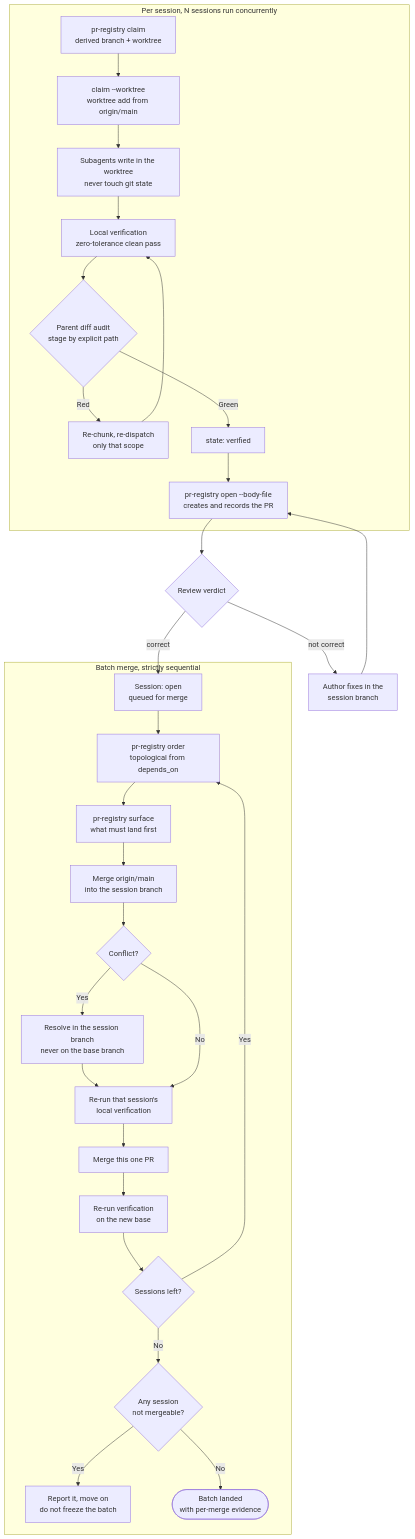
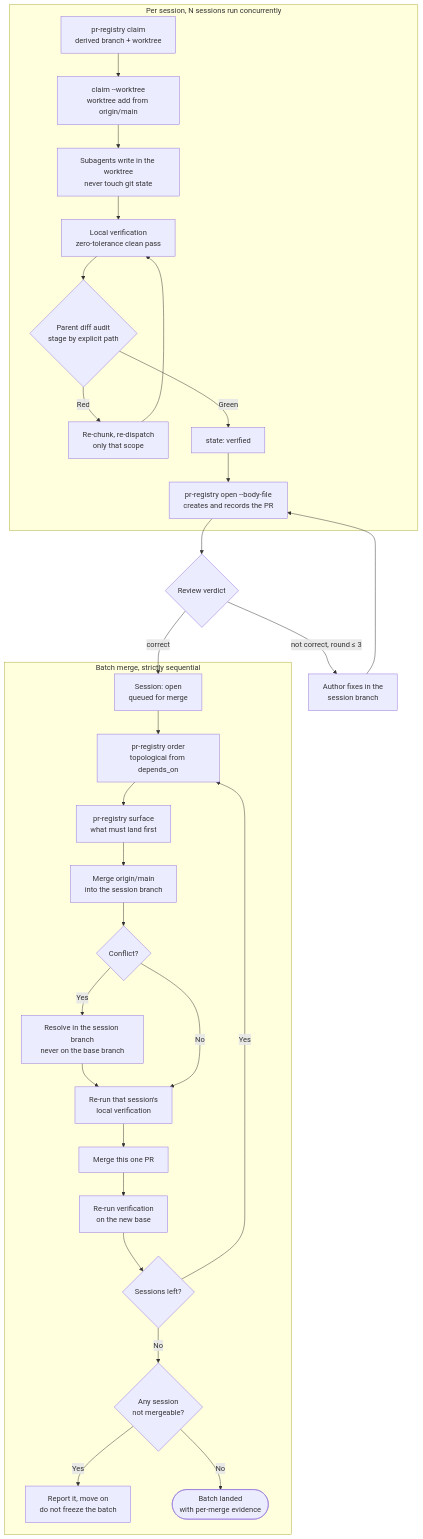
One commit to belajarcarabelajar/vivera changed the second of 2 diagrams in skills/sucp-verify-deliver/SKILL.md. Above: the diagram before and after it, drawn with Mermaid. The commit also changed other lines of this file and 2 other files, not shown here.

Commit message:
docs(sucp-verify-deliver): bound the fix-and-re-review loop
A not-correct verdict sent the PR back to the author with no limit on rounds, no ledger of findings across rounds, and no guard against the review growing the diff. Add a 3-round default (5 for security, auth, data loss, or concurrency), delta-only re-review, evidence-or-decline answers, cut-first on diff growth, and owner escalation for a stuck dispute.

````diff
--- a/skills/sucp-verify-deliver/SKILL.md
+++ b/skills/sucp-verify-deliver/SKILL.md
@@ -145,35 +147,35 @@
 ```mermaid
 flowchart TD
     accTitle: Session isolation, pull request delivery, and ordered batch merge
     accDescr: Each session claims a derived branch and worktree, subagents write only inside it, local verification and the parent diff audit gate the pull request, a reviewer fetches the remote state and returns a binary verdict, and the batch merges in topological order with the base merged into the branch and a local check before every individual merge.
     subgraph Per["Per session, N sessions run concurrently"]
         Claim["pr-registry claim<br/>derived branch + worktree"] --> Wt["claim --worktree<br/>worktree add from origin/main"]
         Wt --> Fan["Subagents write in the worktree<br/>never touch git state"]
         Fan --> Verify["Local verification<br/>zero-tolerance clean pass"]
         Verify --> Audit{"Parent diff audit<br/>stage by explicit path"}
         Audit -->|"Red"| Redo["Re-chunk, re-dispatch<br/>only that scope"]
         Redo --> Verify
         Audit -->|"Green"| State["state: verified"]
         State --> Pr["pr-registry open --body-file<br/>creates and records the PR"]
     end
     Pr --> Rev{"Review verdict"}
-    Rev -->|"not correct"| Fix["Author fixes in the<br/>session branch"]
+    Rev -->|"not correct, round ≤ 3"| Fix["Author fixes in the<br/>session branch"]
     Fix --> Pr
     Rev -->|"correct"| Open["Session: open<br/>queued for merge"]
     subgraph Batch["Batch merge, strictly sequential"]
         Open --> Order["pr-registry order<br/>topological from depends_on"]
         Order --> Surf["pr-registry surface<br/>what must land first"]
         Surf --> Update["Merge origin/main<br/>into the session branch"]
         Update --> Conflict{"Conflict?"}
         Conflict -->|"Yes"| Resolve["Resolve in the session branch<br/>never on the base branch"]
         Resolve --> Recheck["Re-run that session's<br/>local verification"]
         Conflict -->|"No"| Recheck
         Recheck --> Merge["Merge this one PR"]
         Merge --> Post["Re-run verification<br/>on the new base"]
         Post --> More{"Sessions left?"}
         More -->|"Yes"| Order
         More -->|"No"| Blocked{"Any session<br/>not mergeable?"}
         Blocked -->|"Yes"| Report["Report it, move on<br/>do not freeze the batch"]
         Blocked -->|"No"| Done(["Batch landed<br/>with per-merge evidence"])
     end
 ```
````
